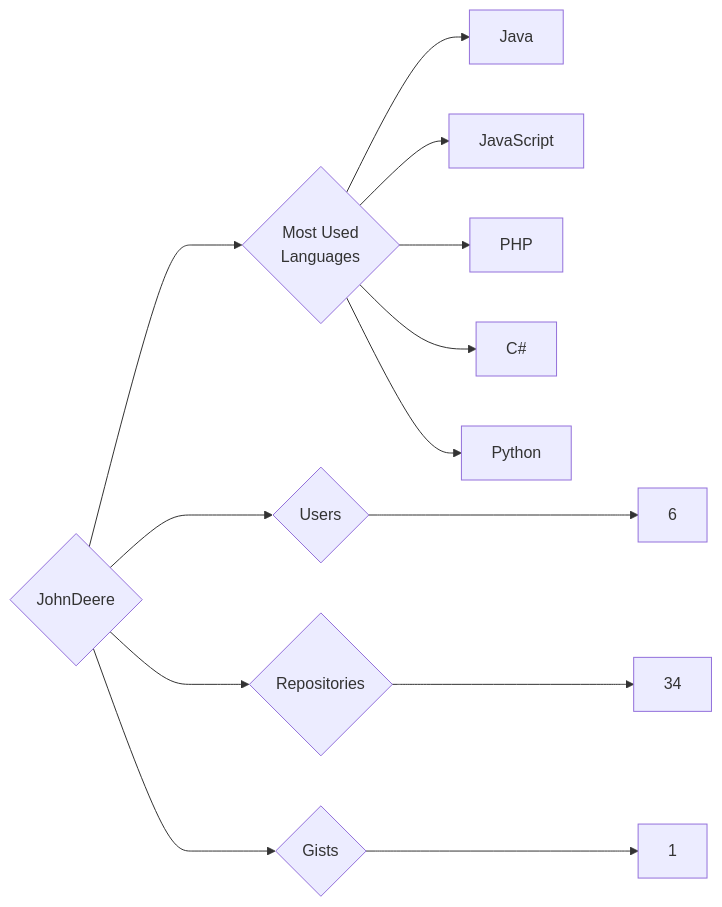
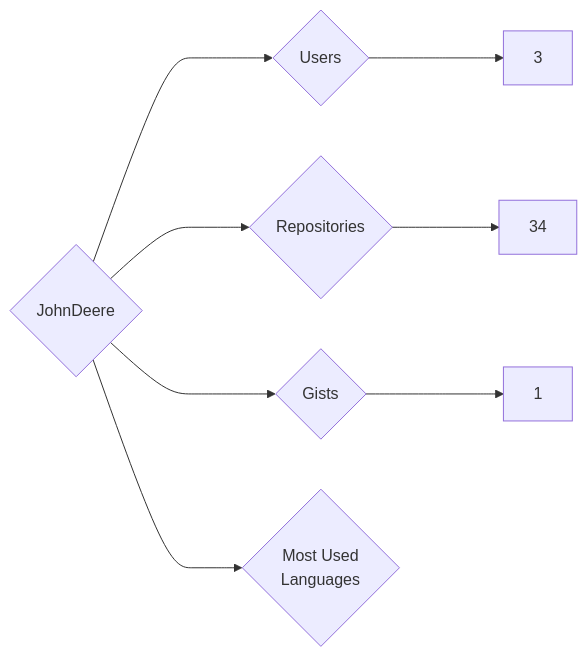
The diagram in targets/JohnDeere/README.md (trickest/insiders), drawn with Mermaid before and after one commit. The commit also changed 1238 other files, not shown here.

````diff
--- a/targets/JohnDeere/README.md
+++ b/targets/JohnDeere/README.md
@@ -3,13 +3,8 @@
 ```mermaid
 graph LR
 COMPANY_NAME{JohnDeere}
-COMPANY_NAME ---> U{Users} ---> UN[6]
+COMPANY_NAME ---> U{Users} ---> UN[3]
 COMPANY_NAME ---> R{Repositories} ---> RN[34]
 COMPANY_NAME ---> G{Gists} ---> GN[1]
 COMPANY_NAME ---> ML{Most Used<br>Languages}
-ML --> Java[Java]
-ML --> JavaScript[JavaScript]
-ML --> PHP[PHP]
-ML --> C#[C#]
-ML --> Python[Python]
 ```
````
